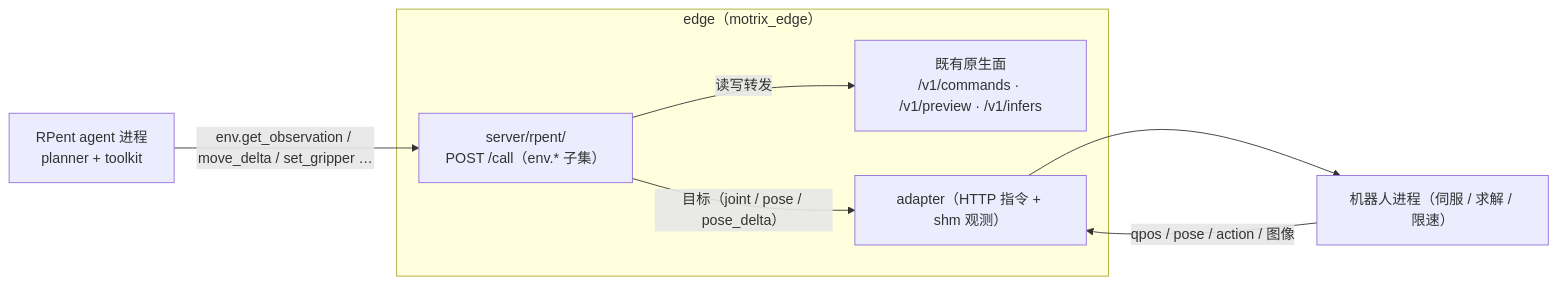
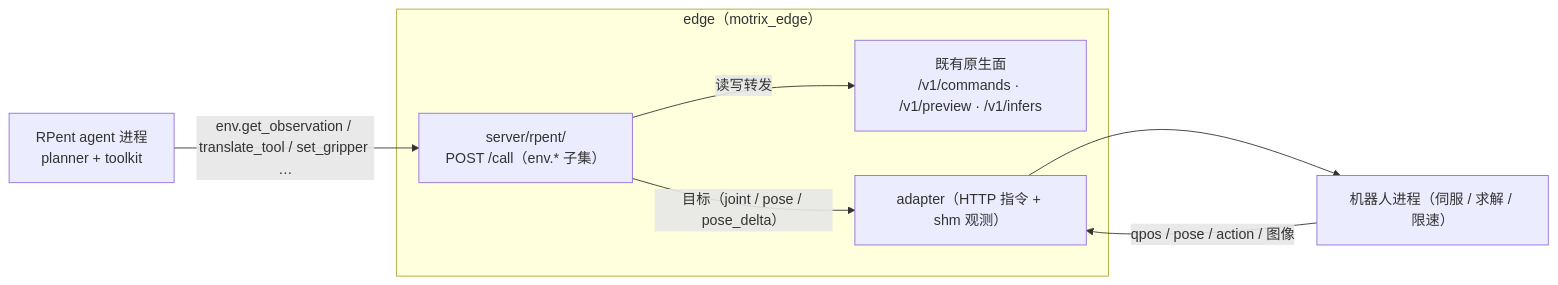
The diagram in wiki/design/motrix_edge_rpent_bridge.md (Dark-be/motrix-edge), drawn with Mermaid before and after one commit. The commit also changed other lines of this file and 3 other files, not shown here.

````diff
--- a/wiki/design/motrix_edge_rpent_bridge.md
+++ b/wiki/design/motrix_edge_rpent_bridge.md
@@ -75,15 +76,15 @@
 ```mermaid
 flowchart LR
     AG["RPent agent 进程<br/>planner + toolkit"]
     subgraph edge["edge（motrix_edge）"]
         CALL["server/rpent/<br/>POST /call（env.* 子集）"]
         NAT["既有原生面<br/>/v1/commands · /v1/preview · /v1/infers"]
         AD["adapter（HTTP 指令 + shm 观测）"]
     end
     R["机器人进程（伺服 / 求解 / 限速）"]
 
-    AG -->|"env.get_observation / move_delta / set_gripper …"| CALL
+    AG -->|"env.get_observation / translate_tool / set_gripper …"| CALL
     CALL -->|"读写转发"| NAT
     CALL -->|"目标（joint / pose / pose_delta）"| AD --> R
     R -->|"qpos / pose / action / 图像"| AD
 ```
````
